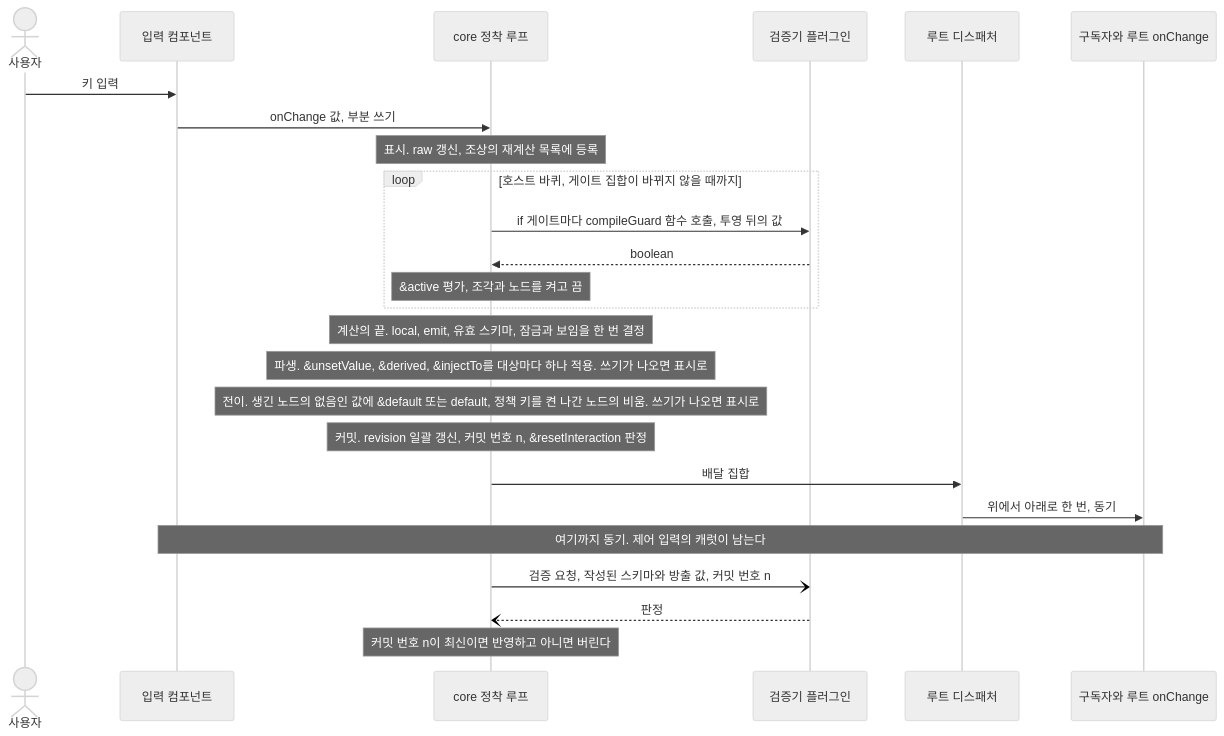
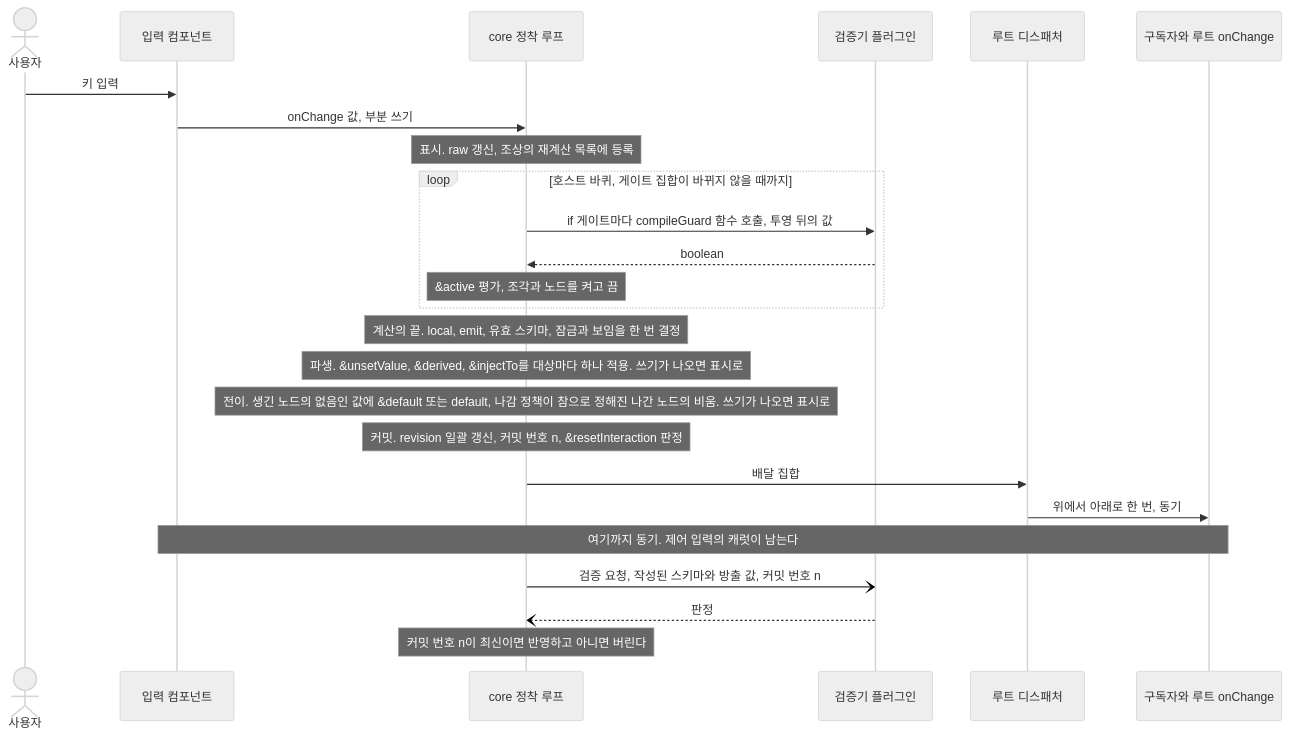
One commit to vincent-kk/albatrion changed the third of 3 diagrams in packages/canard/schema-form/architecture/02-target-overview.md. Above: the diagram before and after it, drawn with Mermaid (neutral theme). The commit also changed other lines of this file and 35 other files, not shown here.

First line of the commit message:
docs(schema-form): update architecture documents for design review rounds 11-14

````diff
--- a/packages/canard/schema-form/architecture/02-target-overview.md
+++ b/packages/canard/schema-form/architecture/02-target-overview.md
@@ -184,28 +184,28 @@
 ```mermaid
 sequenceDiagram
   actor User as 사용자
   participant Input as 입력 컴포넌트
   participant Core as core 정착 루프
   participant Plugin as 검증기 플러그인
   participant Dispatcher as 루트 디스패처
   participant Listener as 구독자와 루트 onChange
 
   User->>Input: 키 입력
   Input->>Core: onChange 값, 부분 쓰기
   Note over Core: 표시. raw 갱신, 조상의 재계산 목록에 등록
   loop 호스트 바퀴, 게이트 집합이 바뀌지 않을 때까지
     Core->>Plugin: if 게이트마다 compileGuard 함수 호출, 투영 뒤의 값
     Plugin-->>Core: boolean
     Note over Core: &active 평가, 조각과 노드를 켜고 끔
   end
   Note over Core: 계산의 끝. local, emit, 유효 스키마, 잠금과 보임을 한 번 결정
   Note over Core: 파생. &unsetValue, &derived, &injectTo를 대상마다 하나 적용. 쓰기가 나오면 표시로
-  Note over Core: 전이. 생긴 노드의 없음인 값에 &default 또는 default, 정책 키를 켠 나간 노드의 비움. 쓰기가 나오면 표시로
+  Note over Core: 전이. 생긴 노드의 없음인 값에 &default 또는 default, 나감 정책이 참으로 정해진 나간 노드의 비움. 쓰기가 나오면 표시로
   Note over Core: 커밋. revision 일괄 갱신, 커밋 번호 n, &resetInteraction 판정
   Core->>Dispatcher: 배달 집합
   Dispatcher->>Listener: 위에서 아래로 한 번, 동기
   Note over Input,Listener: 여기까지 동기. 제어 입력의 캐럿이 남는다
   Core-)Plugin: 검증 요청, 작성된 스키마와 방출 값, 커밋 번호 n
   Plugin--)Core: 판정
   Note over Core: 커밋 번호 n이 최신이면 반영하고 아니면 버린다
 ```
````
